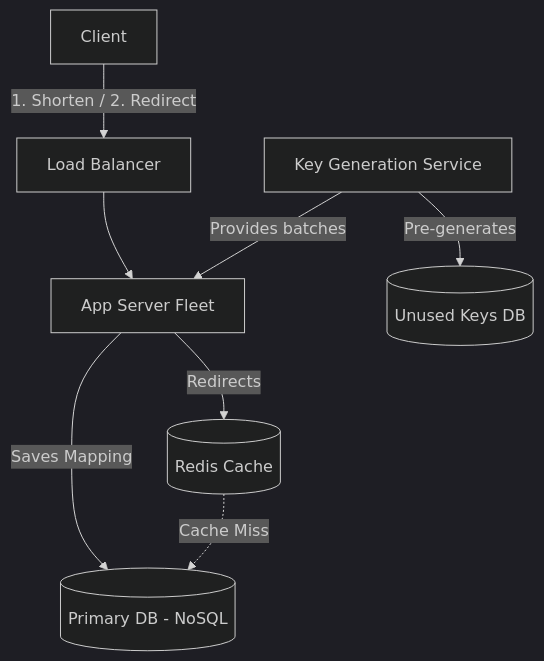
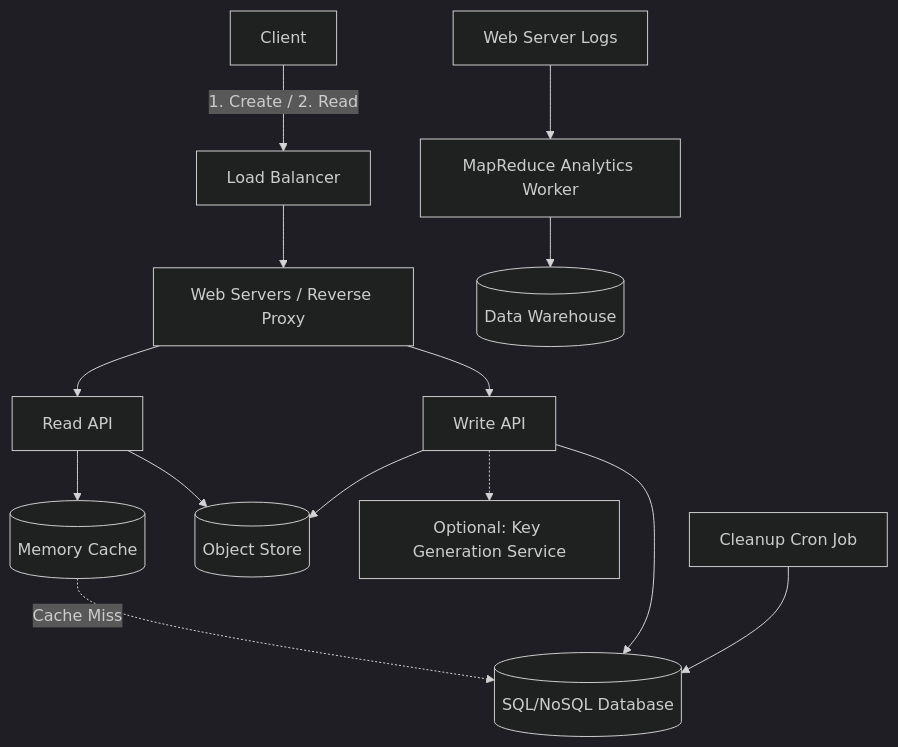
The diagram in system_design_hld/architectures/utilities/URL_SHORTENER.md (Ankur-glitchtracer/docs), drawn with Mermaid (dark theme) before and after one commit. The commit also changed other lines of this file and 105 other files, not shown here.

````diff
--- a/system_design_hld/architectures/utilities/URL_SHORTENER.md
+++ b/system_design_hld/architectures/utilities/URL_SHORTENER.md
@@ -66,13 +73,22 @@
 ```mermaid
 graph TD
-    Client -->|1. Shorten / 2. Redirect| LB[Load Balancer]
+    Client -->|1. Create / 2. Read| LB[Load Balancer]
     
-    LB --> AppServers[App Server Fleet]
+    LB --> WebServers[Web Servers / Reverse Proxy]
     
-    AppServers -->|Redirects| Cache[(Redis Cache)]
-    AppServers -->|Saves Mapping| DB[(Primary DB - NoSQL)]
-    Cache -.->|Cache Miss| DB
+    WebServers --> ReadAPI[Read API]
+    WebServers --> WriteAPI[Write API]
     
-    KGS[Key Generation Service] -->|Pre-generates| KeyDB[(Unused Keys DB)]
-    KGS -->|Provides batches| AppServers
+    ReadAPI --> Cache[(Memory Cache)]
+    Cache -.->|Cache Miss| DB[(SQL/NoSQL Database)]
+    ReadAPI --> S3[(Object Store)]
+    
+    WriteAPI --> DB
+    WriteAPI --> S3
+    WriteAPI -.-> KGS[Optional: Key Generation Service]
+    
+    LogFiles[Web Server Logs] --> MapReduce[MapReduce Analytics Worker]
+    MapReduce --> AnalyticsDB[(Data Warehouse)]
+    
+    CleanupWorker[Cleanup Cron Job] --> DB
 ```
````
